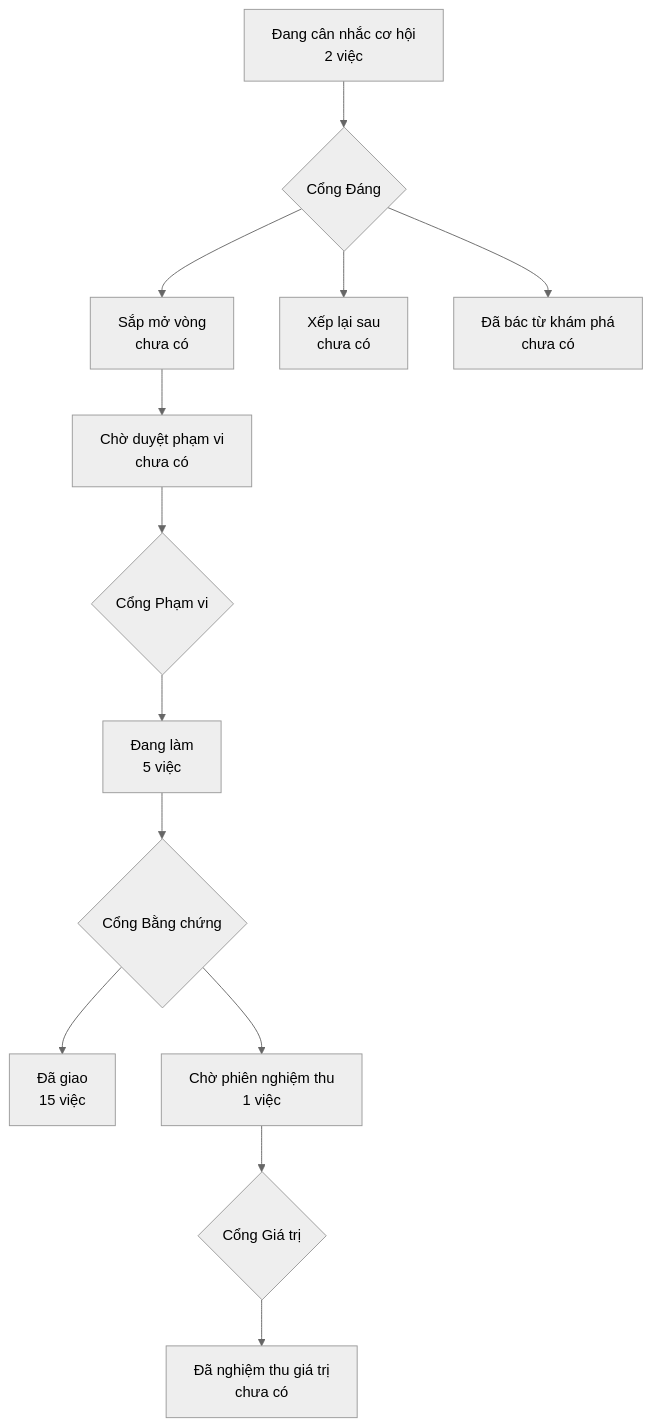
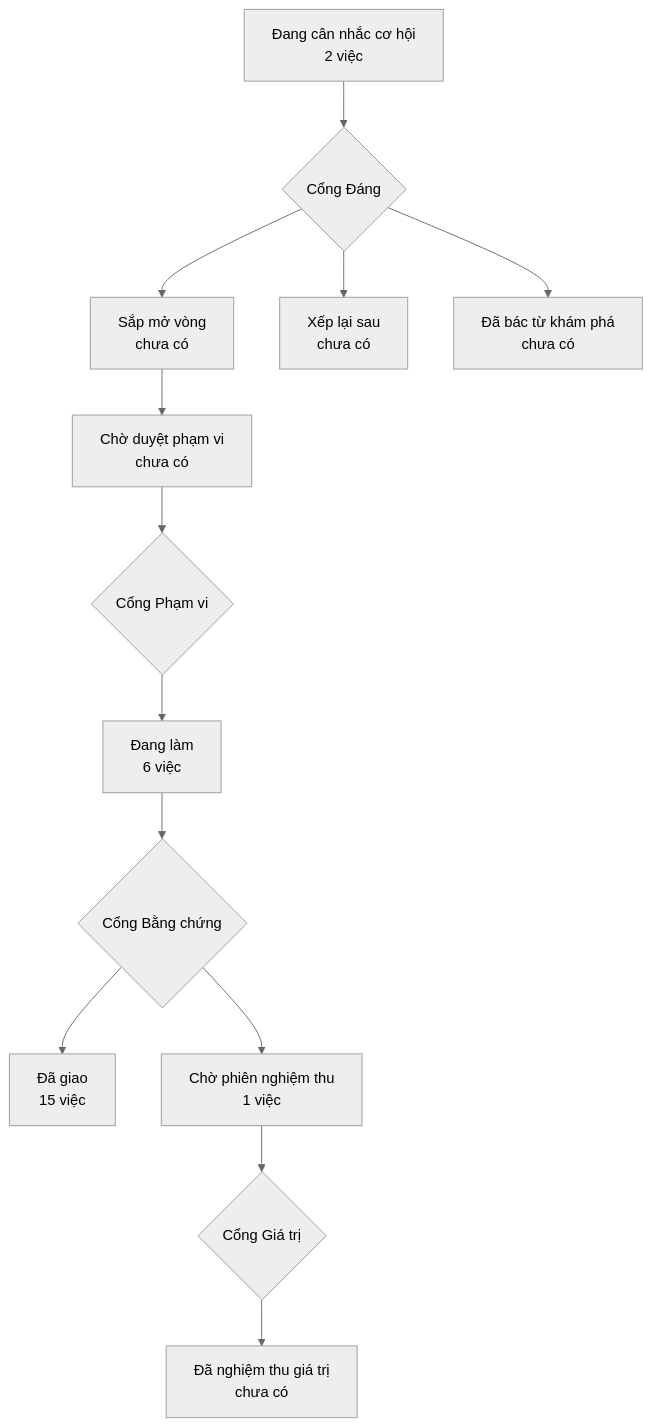
Before and after one commit to phanlemanh/crm-onehub: the diagram in PRODUCT-MAP.md, drawn with Mermaid (neutral theme). The commit also changed other lines of this file and 2 other files, not shown here.

Commit message:
Gate 1: hd-theo-danh-sach approved by Manh Phan

````diff
--- a/PRODUCT-MAP.md
+++ b/PRODUCT-MAP.md
@@ -6,12 +6,12 @@
 ```mermaid
 flowchart TD
   A["Đang cân nhắc cơ hội<br/>2 việc"] --> GD{"Cổng Đáng"}
   GD --> B["Sắp mở vòng<br/>chưa có"]
   GD --> XL["Xếp lại sau<br/>chưa có"]
   GD --> DB["Đã bác từ khám phá<br/>chưa có"]
   B --> CD["Chờ duyệt phạm vi<br/>chưa có"] --> GP{"Cổng Phạm vi"}
-  GP --> DL["Đang làm<br/>5 việc"] --> GB{"Cổng Bằng chứng"}
+  GP --> DL["Đang làm<br/>6 việc"] --> GB{"Cổng Bằng chứng"}
   GB --> DG["Đã giao<br/>15 việc"]
   GB --> CN["Chờ phiên nghiệm thu<br/>1 việc"] --> GG{"Cổng Giá trị"}
   GG --> NT["Đã nghiệm thu giá trị<br/>chưa có"]
 ```
````
